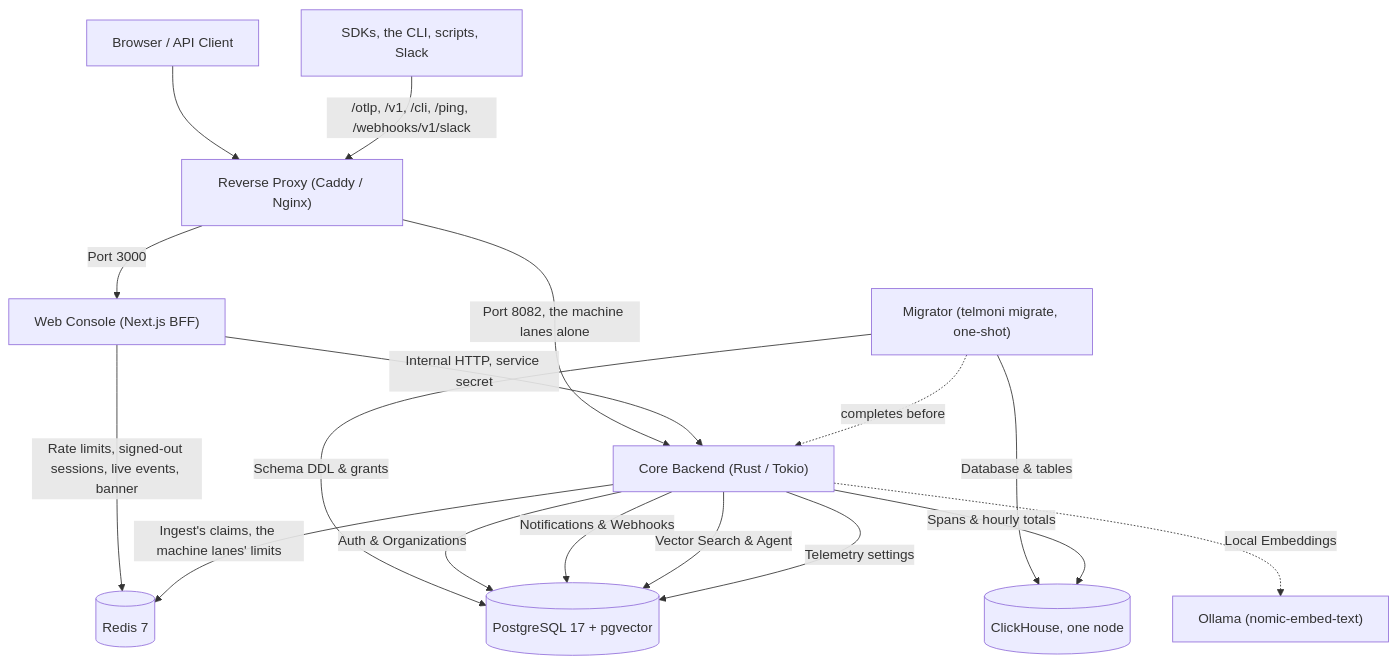
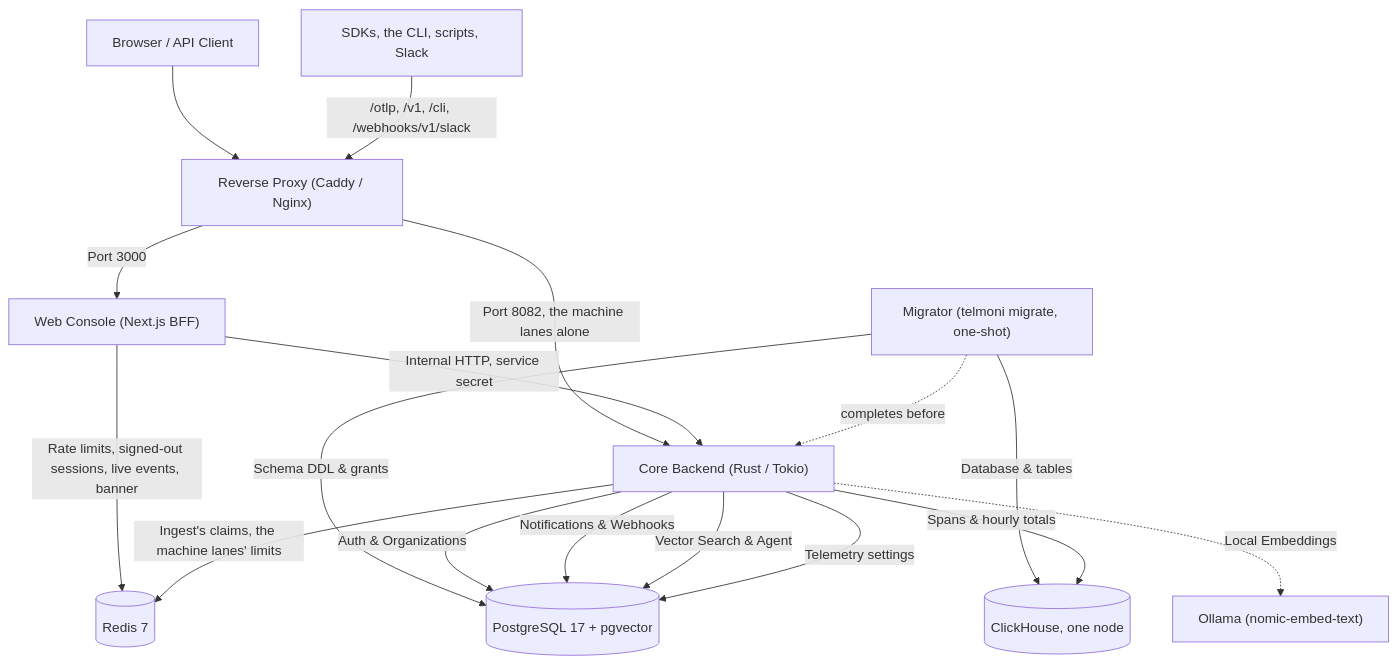
The diagram in web/content/docs/self-host/overview.mdx (telmoni/telmoni), drawn with Mermaid before and after one commit. The commit also changed other lines of this file and 20 other files, not shown here.

````diff
--- a/web/content/docs/self-host/overview.mdx
+++ b/web/content/docs/self-host/overview.mdx
@@ -12,22 +12,22 @@
 ```mermaid
 flowchart TD
     Client["Browser / API Client"] --> ReverseProxy["Reverse Proxy (Caddy / Nginx)"]
-    Machines["SDKs, the CLI, scripts, Slack"] -->|"/otlp, /v1, /cli, /ping, /webhooks/v1/slack"| ReverseProxy
+    Machines["SDKs, the CLI, scripts, Slack"] -->|"/otlp, /v1, /cli, /webhooks/v1/slack"| ReverseProxy
     ReverseProxy -->|Port 3000| Web["Web Console (Next.js BFF)"]
     ReverseProxy -->|"Port 8082, the machine lanes alone"| Server["Core Backend (Rust / Tokio)"]
 
     Web -->|Internal HTTP, service secret| Server
     Web -->|Rate limits, signed-out sessions, live events, banner| Redis[("Redis 7")]
     Server -->|Ingest's claims, the machine lanes' limits| Redis
 
     Migrator["Migrator (telmoni migrate, one-shot)"] -->|Schema DDL & grants| Postgres[("PostgreSQL 17 + pgvector")]
     Migrator -->|Database & tables| ClickHouse[("ClickHouse, one node")]
     Migrator -.->|completes before| Server
     Server -->|Auth & Organizations| Postgres
     Server -->|Notifications & Webhooks| Postgres
     Server -->|Vector Search & Agent| Postgres
     Server -->|Telemetry settings| Postgres
     Server -->|Spans & hourly totals| ClickHouse
 
     Server -.->|Local Embeddings| Ollama["Ollama (nomic-embed-text)"]
 ```
````
